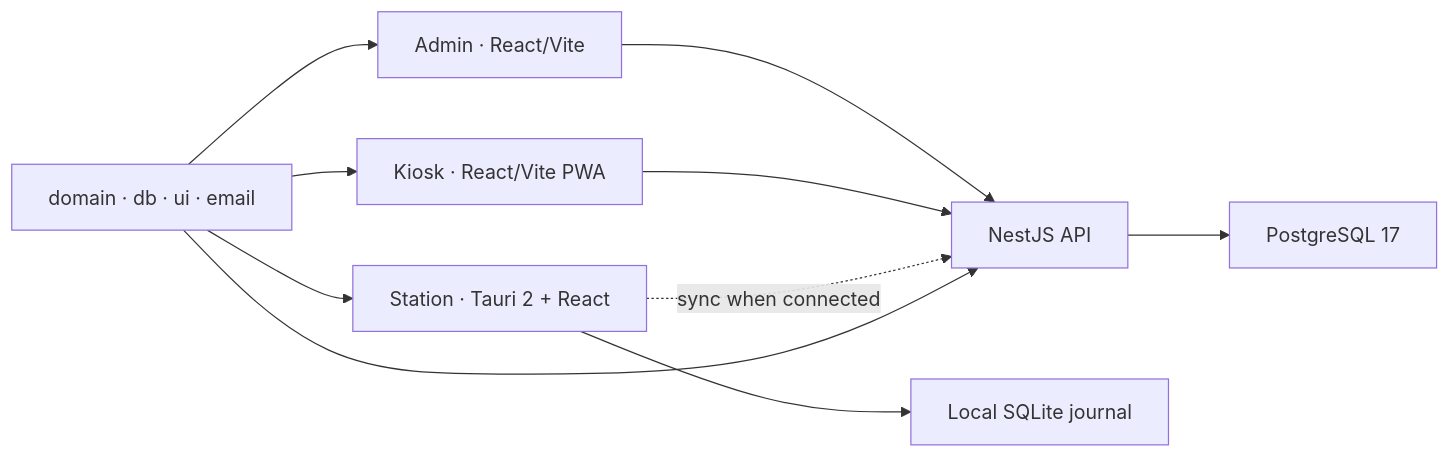
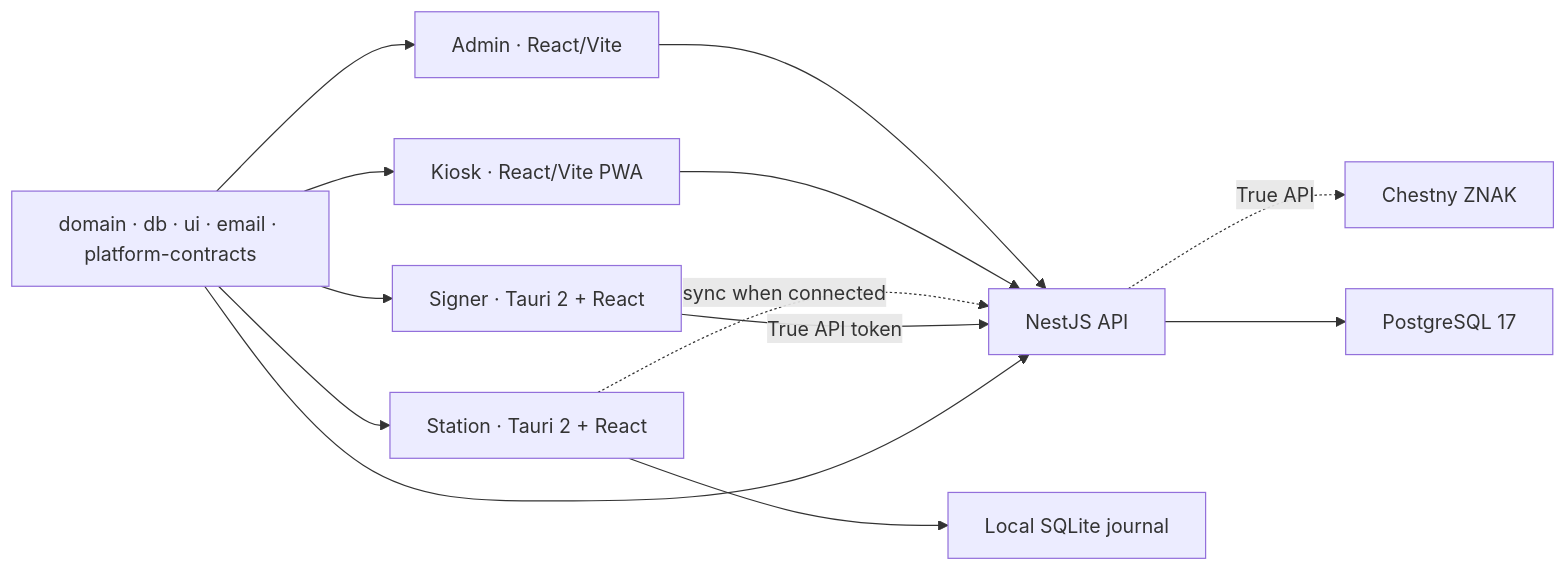
Before and after one commit to thevladbog/markiro: the diagram in README.md, drawn with Mermaid. The commit also changed other lines of this file and 4 other files, not shown here.

````diff
--- a/README.md
+++ b/README.md
@@ -73,12 +76,15 @@
 ```mermaid
 flowchart LR
   Admin["Admin · React/Vite"] --> API["NestJS API"]
   Kiosk["Kiosk · React/Vite PWA"] --> API
   Station["Station · Tauri 2 + React"] -. "sync when connected" .-> API
   Station --> SQLite["Local SQLite journal"]
+  Signer["Signer · Tauri 2 + React"] -- "True API token" --> API
+  API -. "True API" .-> CHZ["Chestny ZNAK"]
   API --> PG["PostgreSQL 17"]
-  Shared["domain · db · ui · email"] --> Admin
+  Shared["domain · db · ui · email · platform-contracts"] --> Admin
   Shared --> Kiosk
   Shared --> Station
+  Shared --> Signer
   Shared --> API
 ```
````
